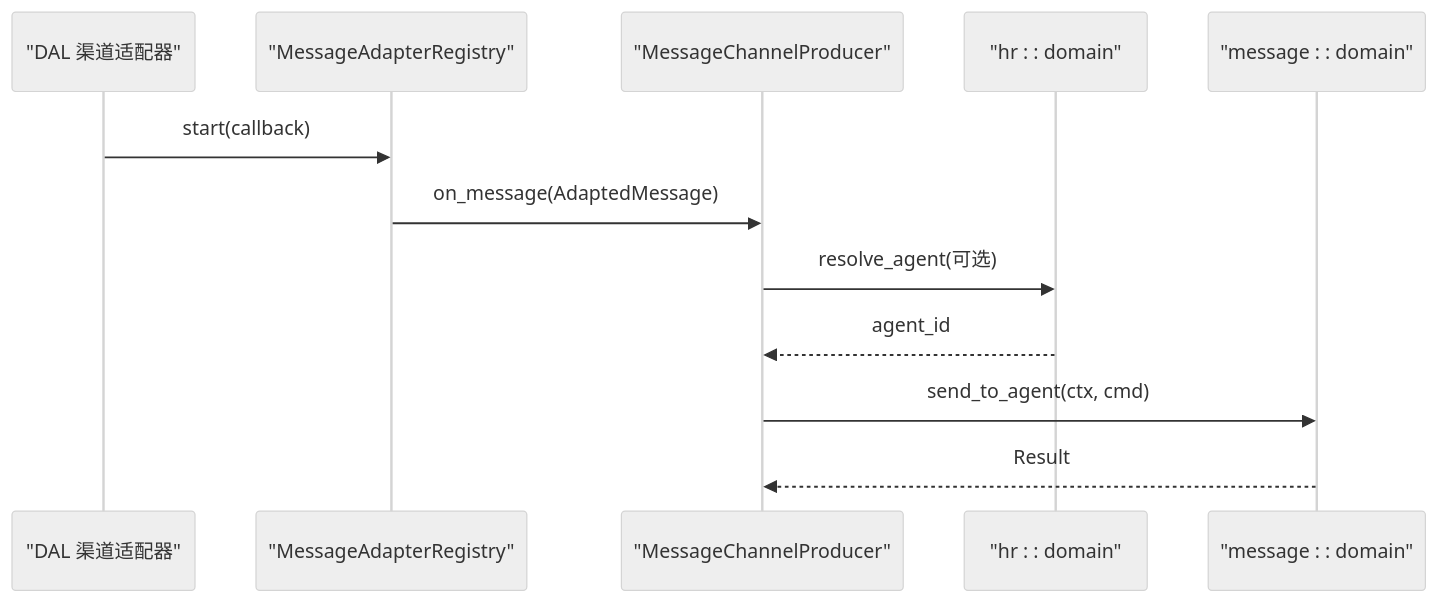
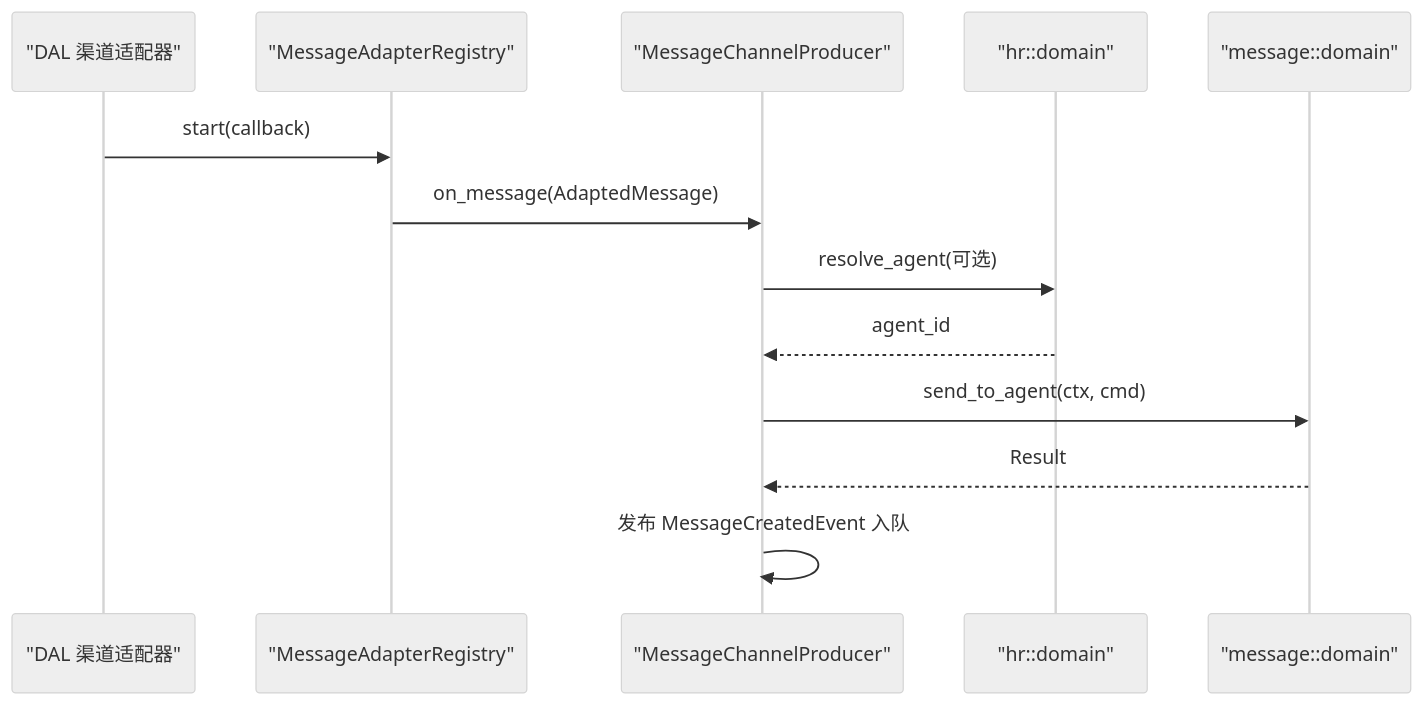
The fifth of 6 diagrams in docs/wiki/zh/content/核心模块/AOP 事件系统/生产者机制.md (runningcoders/ai_orz), drawn with Mermaid (neutral theme) before and after one commit. The commit also changed other lines of this file and 37 other files, not shown here.

````diff
--- a/docs/wiki/zh/content/核心模块/AOP 事件系统/生产者机制.md
+++ b/docs/wiki/zh/content/核心模块/AOP 事件系统/生产者机制.md
@@ -189,14 +219,15 @@
 ```mermaid
 sequenceDiagram
 participant DAL as "DAL 渠道适配器"
 participant Reg as "MessageAdapterRegistry"
 participant P as "MessageChannelProducer"
-participant HR as "hr : : domain"
-participant MSG as "message : : domain"
+participant HR as "hr::domain"
+participant MSG as "message::domain"
 DAL->>Reg : start(callback)
 Reg->>P : on_message(AdaptedMessage)
 P->>HR : resolve_agent(可选)
 HR-->>P : agent_id
 P->>MSG : send_to_agent(ctx, cmd)
 MSG-->>P : Result
+P->>P : 发布 MessageCreatedEvent 入队
 ```
````
